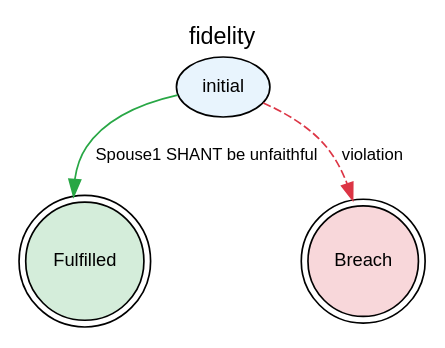
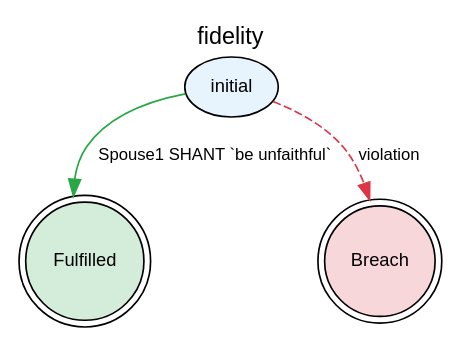
Before and after one commit to legalese/l4-ide: the diagram in jl4/examples/state-graphs/fidelity.dot, drawn with Graphviz. The commit also changed 93 other files, not shown here.

```diff
--- a/jl4/examples/state-graphs/fidelity.dot
+++ b/jl4/examples/state-graphs/fidelity.dot
@@ -1,32 +1,32 @@
 digraph {
     graph [rankdir=TB
           ,label=fidelity
           ,labelloc=t
           ,fontname=Helvetica
           ,fontsize=14];
     node [fontname=Helvetica
          ,fontsize=11];
     edge [fontname=Helvetica
          ,fontsize=10];
     0 [label=initial
       ,fillcolor=white
       ,style=filled
       ,shape=ellipse
       ,fillcolor="#e8f4fd"];
     1 [label=Fulfilled
       ,fillcolor=white
       ,style=filled
       ,shape=doublecircle
       ,fillcolor="#d4edda"];
     2 [label=Breach
       ,fillcolor=white
       ,style=filled
       ,shape=doublecircle
       ,fillcolor="#f8d7da"];
-    0 -> 1 [label="Spouse1 SHANT be unfaithful"
+    0 -> 1 [label="Spouse1 SHANT `be unfaithful`"
            ,color="#28a745"
            ,style=solid];
     0 -> 2 [label=violation
            ,color="#dc3545"
            ,style=dashed];
 }
```
